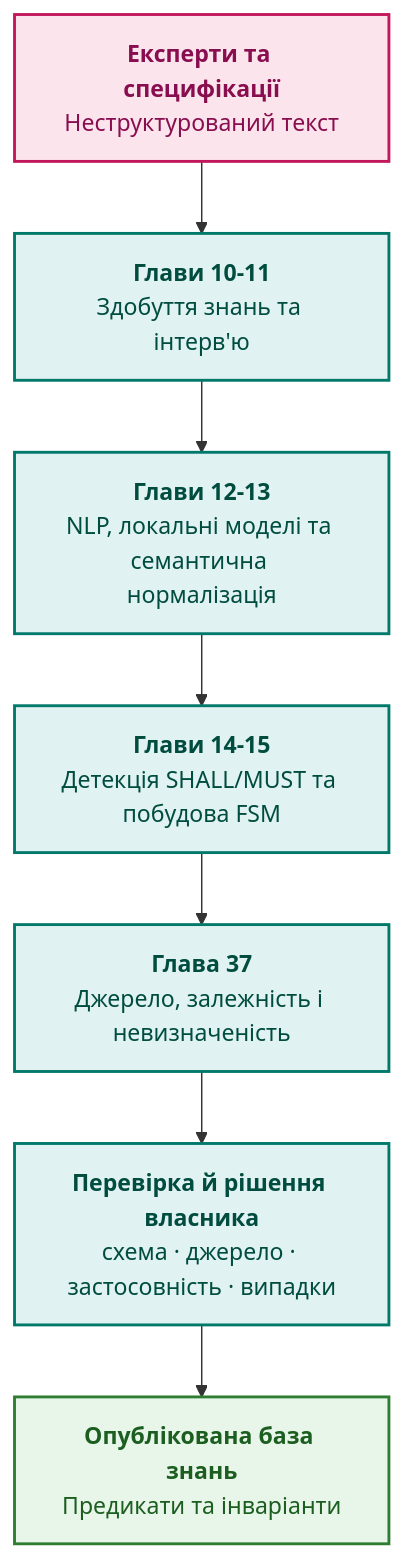
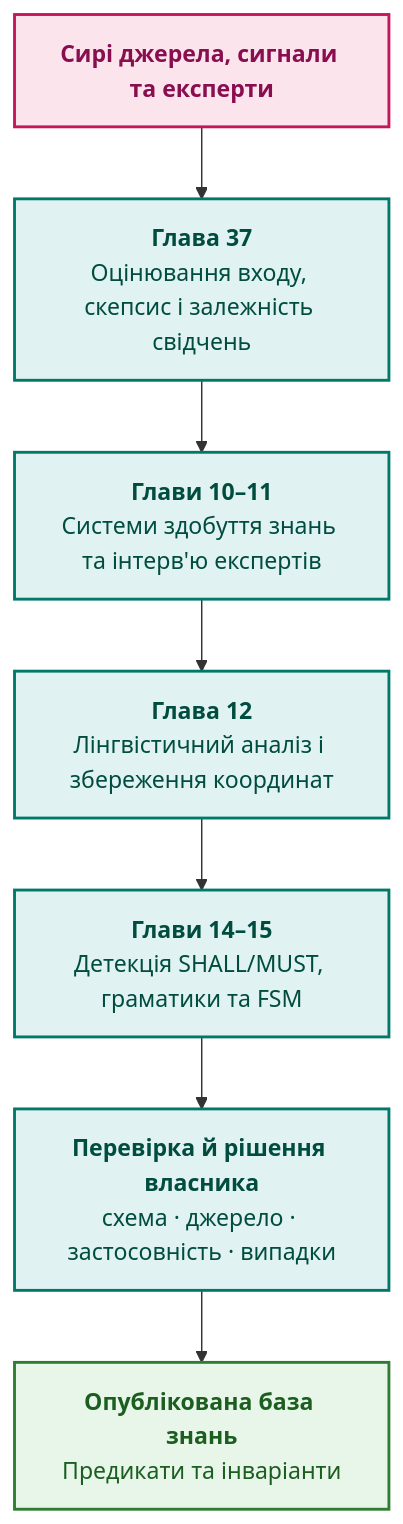
The diagram in ExpertSystem/part-03-knowledge-engineering-nlp.md (nick-fedchik/articles), drawn with Mermaid before and after one commit. The commit also changed other lines of this file and 174 other files, not shown here.

````diff
--- a/ExpertSystem/part-03-knowledge-engineering-nlp.md
+++ b/ExpertSystem/part-03-knowledge-engineering-nlp.md
@@ -27,20 +27,20 @@
 ```mermaid
 flowchart TD
     accTitle: Пайплайн інженерії знань Частини III
-    accDescr: Здобуття, мовний аналіз, формалізація та оцінювання джерел перед допуском знань.
+    accDescr: Від вхідного епістемічного оцінювання джерел через здобуття знань і мовний аналіз до побудови бази знань.
 
-    E["<b>Експерти та специфікації</b><br/>Неструктурований текст"] --> KAS["<b>Глави 10-11</b><br/>Здобуття знань та інтерв'ю"]
-    KAS --> NLP["<b>Глави 12-13</b><br/>NLP, локальні моделі та семантична нормалізація"]
-    NLP --> EXT["<b>Глави 14-15</b><br/>Детекція SHALL/MUST та побудова FSM"]
-    EXT --> INPUT["<b>Глава 37</b><br/>Джерело, залежність і невизначеність"]
-    INPUT --> REVIEW["<b>Перевірка й рішення власника</b><br/>схема · джерело · застосовність · випадки"]
+    E["<b>Сирі джерела, сигнали та експерти</b>"] --> INPUT["<b>Глава 37</b><br/>Оцінювання входу, скепсис і залежність свідчень"]
+    INPUT --> KAS["<b>Глави 10–11</b><br/>Системи здобуття знань та інтерв'ю експертів"]
+    KAS --> NLP["<b>Глава 12</b><br/>Лінгвістичний аналіз і збереження координат"]
+    NLP --> EXT["<b>Глави 14–15</b><br/>Детекція SHALL/MUST, граматики та FSM"]
+    EXT --> REVIEW["<b>Перевірка й рішення власника</b><br/>схема · джерело · застосовність · випадки"]
     REVIEW --> KB["<b>Опублікована база знань</b><br/>Предикати та інваріанти"]
 
     classDef src fill:#fce4ec,stroke:#c2185b,stroke-width:2px,color:#880e4f;
     classDef step fill:#e0f2f1,stroke:#00796b,stroke-width:2px,color:#004d40;
     classDef out fill:#e8f5e9,stroke:#2e7d32,stroke-width:2px,color:#1b5e20;
 
     class E src;
-    class KAS,NLP,EXT,INPUT,REVIEW step;
+    class INPUT,KAS,NLP,EXT,REVIEW step;
     class KB out;
 ```
````
